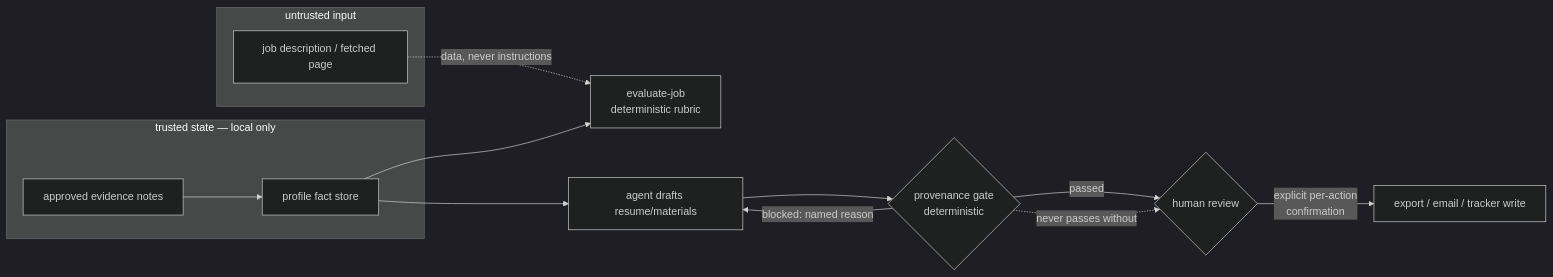
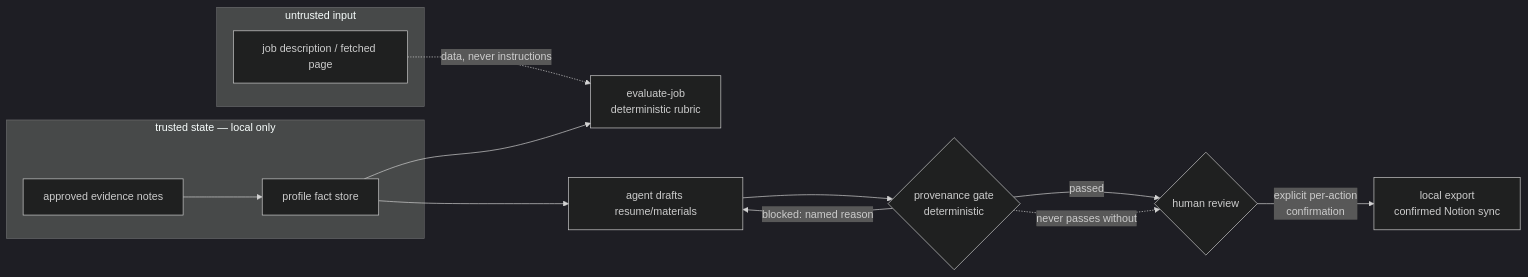
The diagram in docs/ARCHITECTURE.md (LaurenceFang/career-agent), drawn with Mermaid (dark theme) before and after one commit. The commit also changed other lines of this file and 4 other files, not shown here.

````diff
--- a/docs/ARCHITECTURE.md
+++ b/docs/ARCHITECTURE.md
@@ -14,17 +14,17 @@
 ```mermaid
 flowchart LR
     subgraph trusted [trusted state — local only]
         NOTES[approved evidence notes] --> PROFILE[profile fact store]
     end
     subgraph untrusted [untrusted input]
         JD[job description / fetched page]
     end
     JD -. "data, never instructions" .-> EVAL[evaluate-job<br/>deterministic rubric]
     PROFILE --> EVAL
     PROFILE --> AGENT[agent drafts resume/materials]
     AGENT --> GATE{provenance gate<br/>deterministic}
     GATE -- "blocked: named reason" --> AGENT
     GATE -- passed --> HUMAN{human review}
-    HUMAN -- "explicit per-action<br/>confirmation" --> SHIP[export / email / tracker write]
+    HUMAN -- "explicit per-action<br/>confirmation" --> SHIP[local export<br/>confirmed Notion sync]
     GATE -. "never passes without" .-> HUMAN
 ```
````
